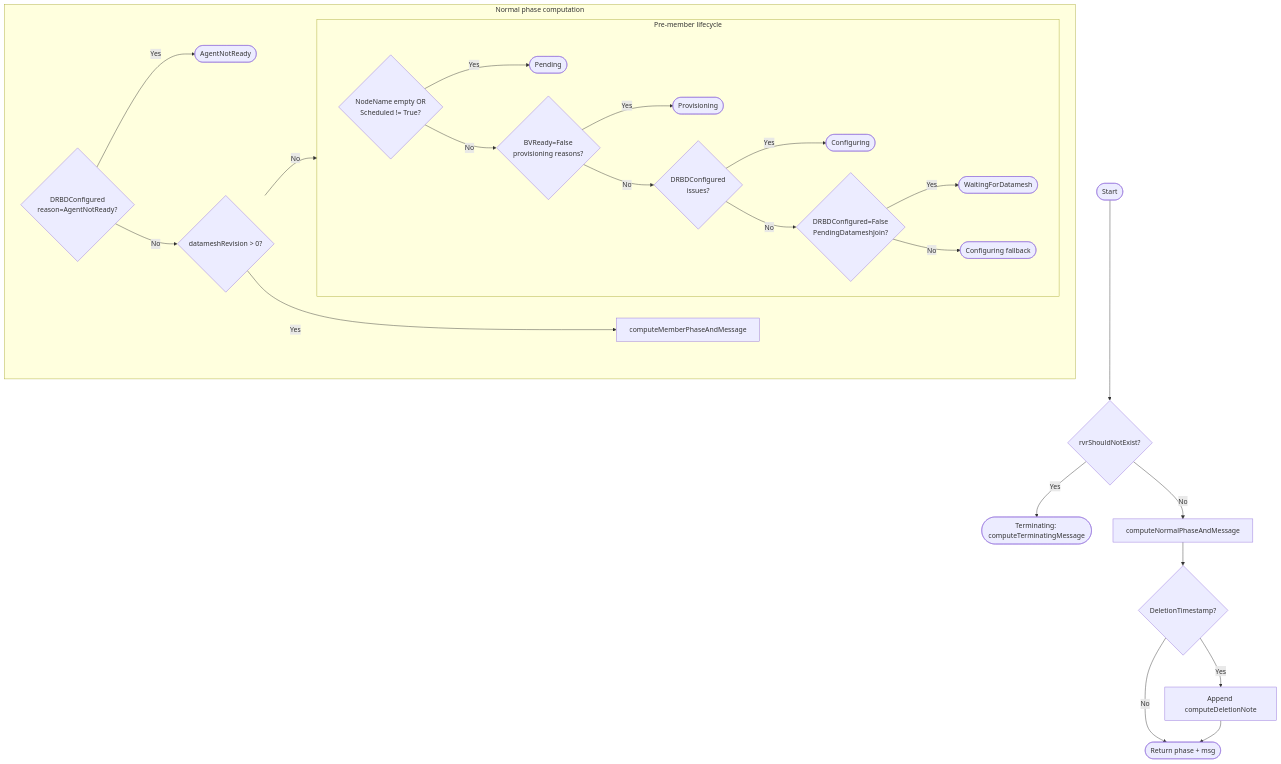
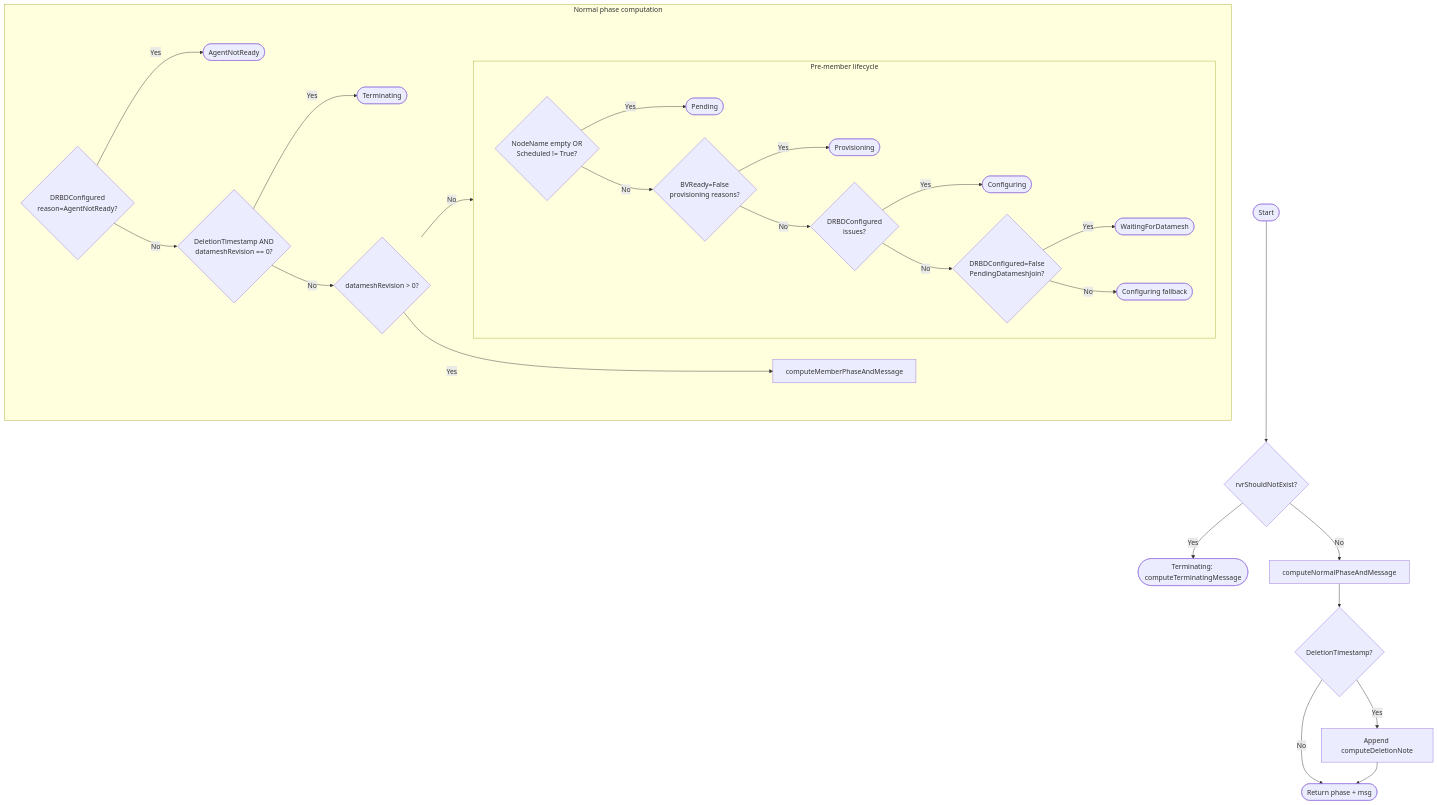
One commit to deckhouse/sds-replicated-volume changed the third of 17 diagrams in images/controller/internal/controllers/rvr_controller/README.md. Above: the diagram before and after it, drawn with Mermaid. The commit also changed other lines of this file and 2 other files, not shown here.

Commit message:
[controller] Fix Terminating phase for non-member deleting replicas
The previous fix (ccbb0057) correctly preserved health info for
operational datamesh members (datameshRevision > 0) by deferring the
Terminating phase until rvrShouldNotExist. However, it introduced a
gap for non-member deleting replicas (datameshRevision == 0): they
fell through the entire pre-member lifecycle path to the default
fallback, producing phase=Configuring with message="Replica is
terminating" — a contradictory combination.

Add an early Terminating check in computeNormalPhaseAndMessage for
replicas with DeletionTimestamp set and datameshRevision == 0. These
replicas are not operational (already removed from the datamesh,
waiting for finalizer cleanup), so Terminating is the correct phase.
Member replicas (datameshRevision > 0) are unaffected and continue
through the member health path.

````diff
--- a/images/controller/internal/controllers/rvr_controller/README.md
+++ b/images/controller/internal/controllers/rvr_controller/README.md
@@ -679,31 +680,33 @@
 ```mermaid
 flowchart TD
     Start([Start]) --> CheckSNE{rvrShouldNotExist?}
     CheckSNE -->|Yes| Terminating(["Terminating: computeTerminatingMessage"])
 
     CheckSNE -->|No| NormalPhase["computeNormalPhaseAndMessage"]
     NormalPhase --> CheckDT{DeletionTimestamp?}
     CheckDT -->|Yes| AppendNote["Append computeDeletionNote"]
     CheckDT -->|No| ReturnAsIs([Return phase + msg])
     AppendNote --> ReturnAsIs
 
     subgraph computeNormalPhaseAndMessage [Normal phase computation]
         CheckAgent{DRBDConfigured<br/>reason=AgentNotReady?}
         CheckAgent -->|Yes| AgentNotReady([AgentNotReady])
-        CheckAgent -->|No| CheckMember{datameshRevision > 0?}
+        CheckAgent -->|No| CheckNonMemberDel{DeletionTimestamp AND<br/>datameshRevision == 0?}
+        CheckNonMemberDel -->|Yes| TermNonMember([Terminating])
+        CheckNonMemberDel -->|No| CheckMember{datameshRevision > 0?}
         CheckMember -->|No| PreMember
         CheckMember -->|Yes| MemberHealth["computeMemberPhaseAndMessage"]
     end
 
     subgraph PreMember [Pre-member lifecycle]
         CheckPending{NodeName empty OR<br/>Scheduled != True?}
         CheckPending -->|Yes| Pending([Pending])
         CheckPending -->|No| CheckProv{BVReady=False<br/>provisioning reasons?}
         CheckProv -->|Yes| Provisioning([Provisioning])
         CheckProv -->|No| CheckConfig{DRBDConfigured<br/>issues?}
         CheckConfig -->|Yes| Configuring([Configuring])
         CheckConfig -->|No| CheckWait{DRBDConfigured=False<br/>PendingDatameshJoin?}
         CheckWait -->|Yes| WaitDM([WaitingForDatamesh])
         CheckWait -->|No| Fallback([Configuring fallback])
     end
 ```
````
